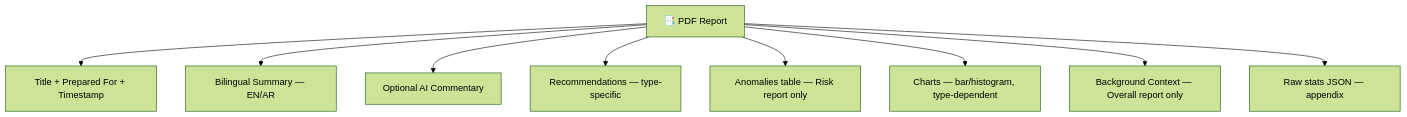
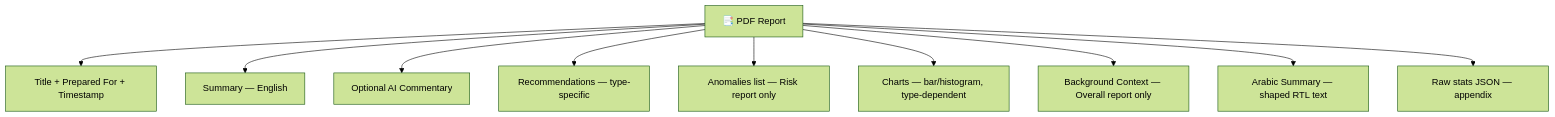
Before and after one commit to Worof/-GTA-V-Worldwide-Sales-Multi-Agent-AI-System: the seventh of 9 diagrams in README.md, drawn with Mermaid (forest theme). The commit also changed other lines of this file, not shown here.

````diff
--- a/README.md
+++ b/README.md
@@ -283,11 +303,12 @@
 ```mermaid
 flowchart TD
     PDF[📑 PDF Report] --> T[Title + Prepared For + Timestamp]
-    PDF --> SUM[Bilingual Summary — EN/AR]
+    PDF --> SUM[Summary — English]
     PDF --> AI[Optional AI Commentary]
     PDF --> REC[Recommendations — type-specific]
-    PDF --> ANOM[Anomalies table — Risk report only]
+    PDF --> ANOM[Anomalies list — Risk report only]
     PDF --> CHARTS[Charts — bar/histogram, type-dependent]
     PDF --> CTX[Background Context — Overall report only]
+    PDF --> AR[Arabic Summary — shaped RTL text]
     PDF --> RAW[Raw stats JSON — appendix]
 ```
````
